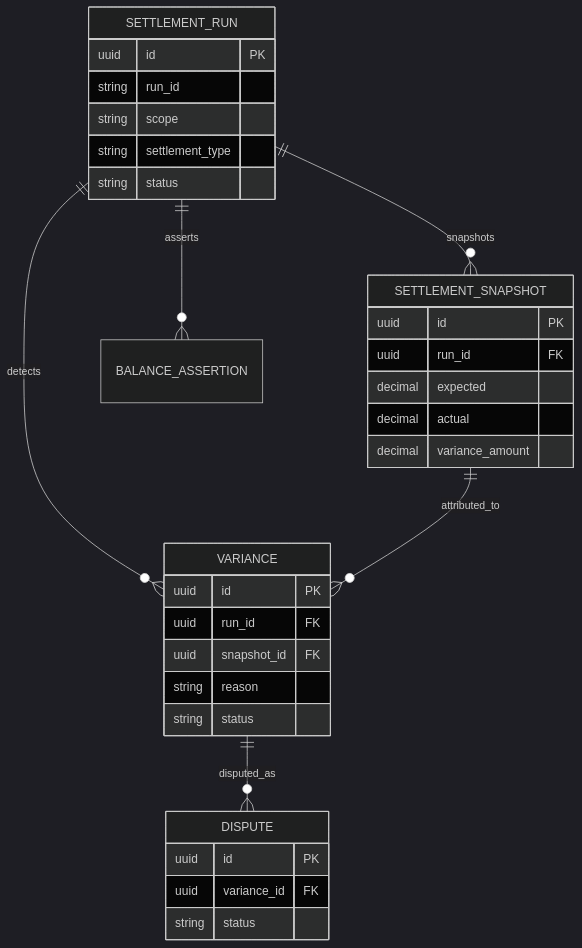
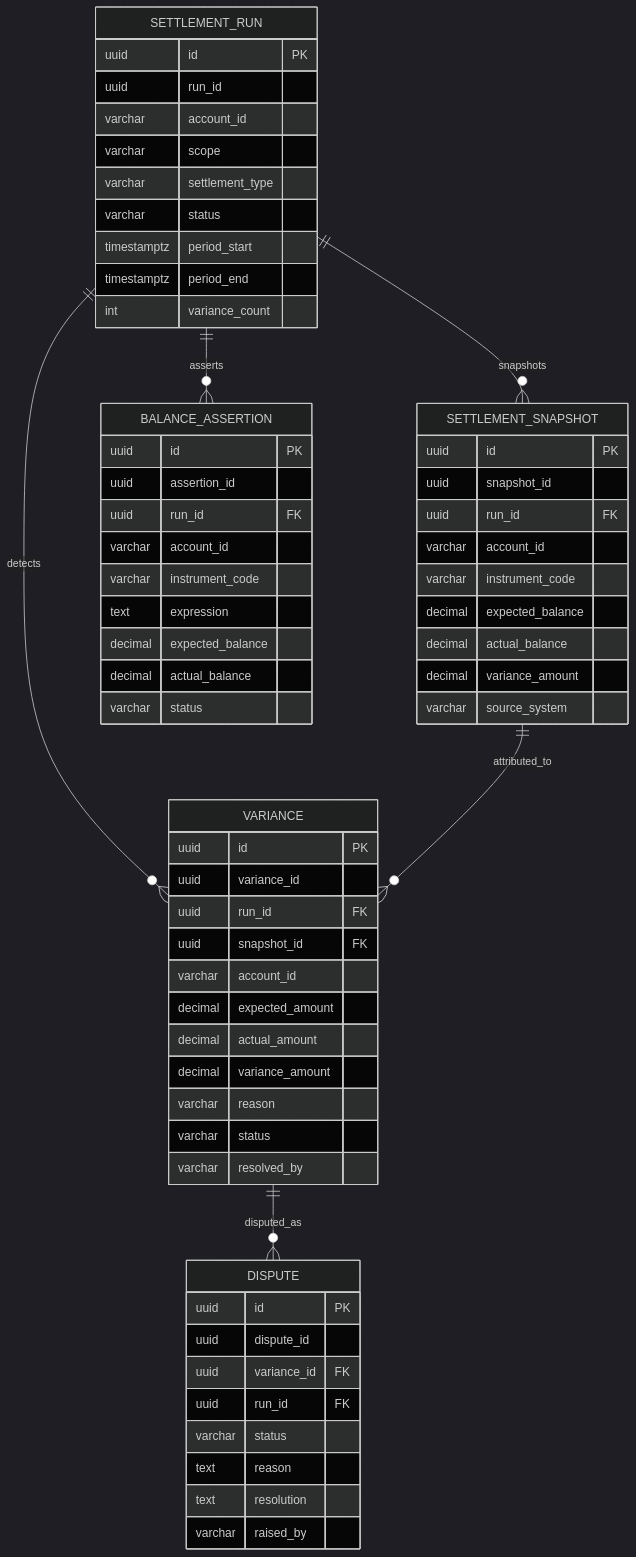
Before and after one commit to meridianhub/meridian: diagram 11 of 13 in docs/architecture/data-model.md, drawn with Mermaid (dark theme). The commit also changed other lines of this file, not shown here.

First line of the commit message:
docs: Fill ER diagram attribute blocks with canonical schema

````diff
--- a/docs/architecture/data-model.md
+++ b/docs/architecture/data-model.md
@@ -594,34 +826,64 @@
 ```mermaid
 erDiagram
     SETTLEMENT_RUN ||--o{ SETTLEMENT_SNAPSHOT : snapshots
     SETTLEMENT_RUN ||--o{ VARIANCE : detects
     SETTLEMENT_SNAPSHOT ||--o{ VARIANCE : attributed_to
     VARIANCE ||--o{ DISPUTE : disputed_as
     SETTLEMENT_RUN ||--o{ BALANCE_ASSERTION : asserts
     SETTLEMENT_RUN {
         uuid id PK
-        string run_id
-        string scope
-        string settlement_type
-        string status
+        uuid run_id
+        varchar account_id
+        varchar scope
+        varchar settlement_type
+        varchar status
+        timestamptz period_start
+        timestamptz period_end
+        int variance_count
     }
     SETTLEMENT_SNAPSHOT {
         uuid id PK
+        uuid snapshot_id
         uuid run_id FK
-        decimal expected
-        decimal actual
+        varchar account_id
+        varchar instrument_code
+        decimal expected_balance
+        decimal actual_balance
         decimal variance_amount
+        varchar source_system
     }
     VARIANCE {
         uuid id PK
+        uuid variance_id
         uuid run_id FK
         uuid snapshot_id FK
-        string reason
-        string status
+        varchar account_id
+        decimal expected_amount
+        decimal actual_amount
+        decimal variance_amount
+        varchar reason
+        varchar status
+        varchar resolved_by
     }
     DISPUTE {
         uuid id PK
+        uuid dispute_id
         uuid variance_id FK
-        string status
+        uuid run_id FK
+        varchar status
+        text reason
+        text resolution
+        varchar raised_by
+    }
+    BALANCE_ASSERTION {
+        uuid id PK
+        uuid assertion_id
+        uuid run_id FK
+        varchar account_id
+        varchar instrument_code
+        text expression
+        decimal expected_balance
+        decimal actual_balance
+        varchar status
     }
 ```
````
